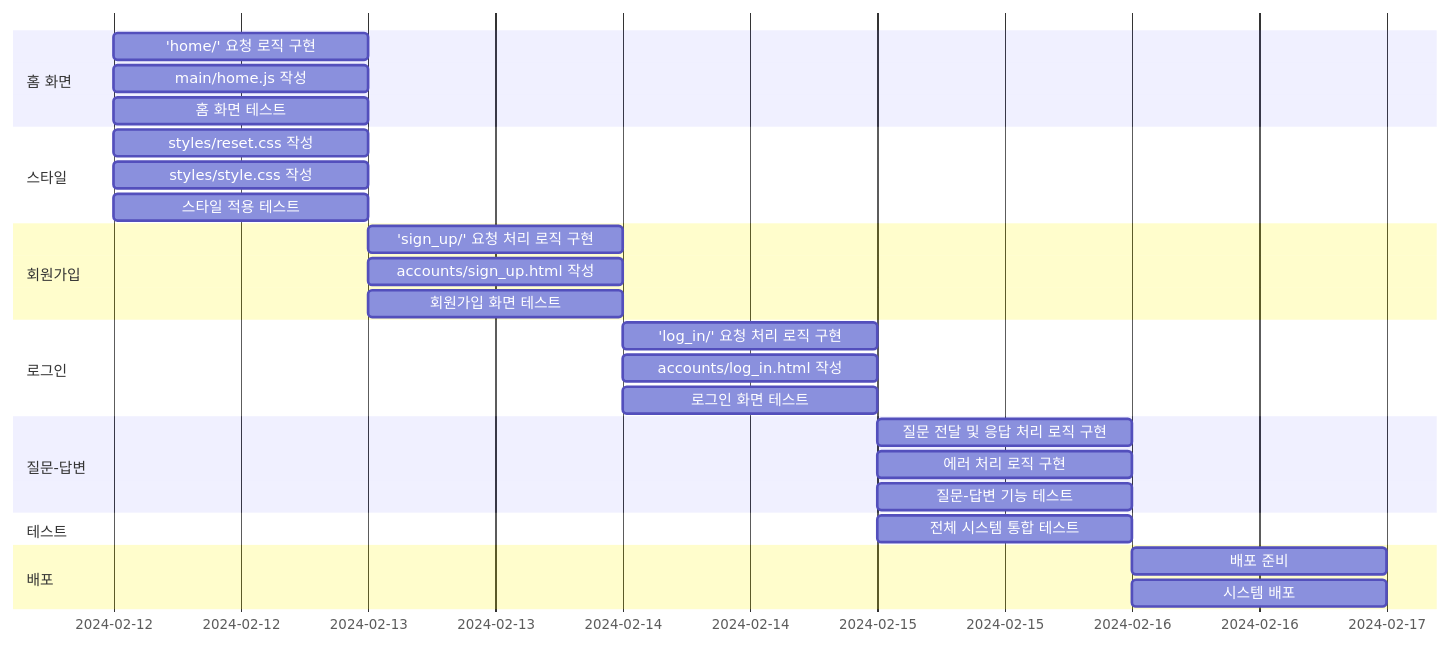
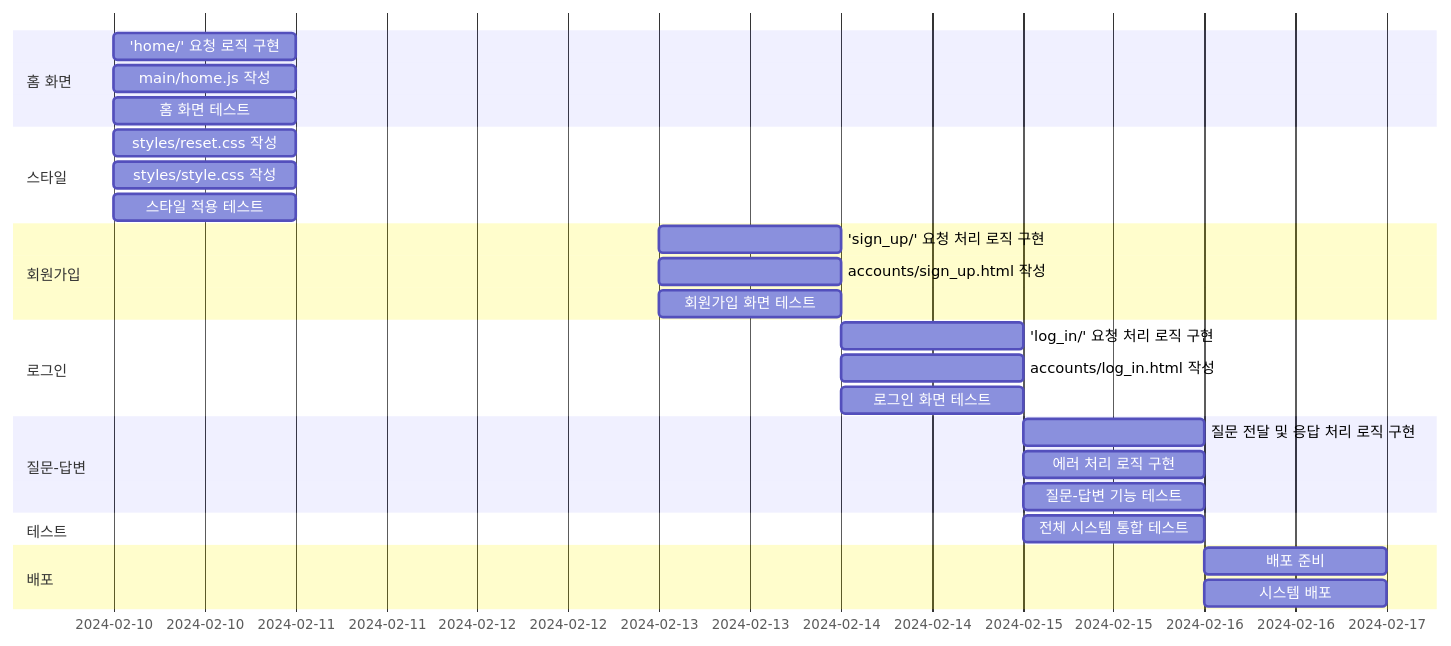
The second of 2 diagrams in README.md (TheRealParkJoohyung/product-pricing), drawn with Mermaid before and after one commit.

````diff
--- a/README.md
+++ b/README.md
@@ -138,37 +138,38 @@
 ```mermaid
 gantt
     todayMarker off
 dateFormat YYYY-MM-DD
 
 section 홈 화면
-'home/' 요청 로직 구현 :2024-02-12, 1d
-main/home.js 작성 :2024-02-12, 1d
-홈 화면 테스트 :2024-02-12, 1d
+'home/' 요청 로직 구현 :2024-02-10, 1d
+main/home.js 작성 :2024-02-10, 1d
+홈 화면 테스트 :2024-02-10, 1d
 
 section 스타일
-styles/reset.css 작성 :2024-02-12, 1d
-styles/style.css 작성 :2024-02-12, 1d
-스타일 적용 테스트 :2024-02-12, 1d
+styles/reset.css 작성 :2024-02-10, 1d
+styles/style.css 작성 :2024-02-10, 1d
+스타일 적용 테스트 :2024-02-10, 1d
 
 section 회원가입
 'sign_up/' 요청 처리 로직 구현 :2024-02-13, 1d
 accounts/sign_up.html 작성 :2024-02-13, 1d
 회원가입 화면 테스트 :2024-02-13, 1d
 
 section 로그인
 'log_in/' 요청 처리 로직 구현 :2024-02-14, 1d
 accounts/log_in.html 작성 :2024-02-14, 1d
 로그인 화면 테스트 :2024-02-14, 1d
 
 section 질문-답변
 질문 전달 및 응답 처리 로직 구현 :2024-02-15, 1d
 에러 처리 로직 구현 :2024-02-15, 1d
 질문-답변 기능 테스트 :2024-02-15, 1d
 
 section 테스트
 전체 시스템 통합 테스트 :2024-02-15, 1d
 
 section 배포
 배포 준비 :2024-02-16, 1d
 시스템 배포 :2024-02-16, 1d
+
 ```
````
